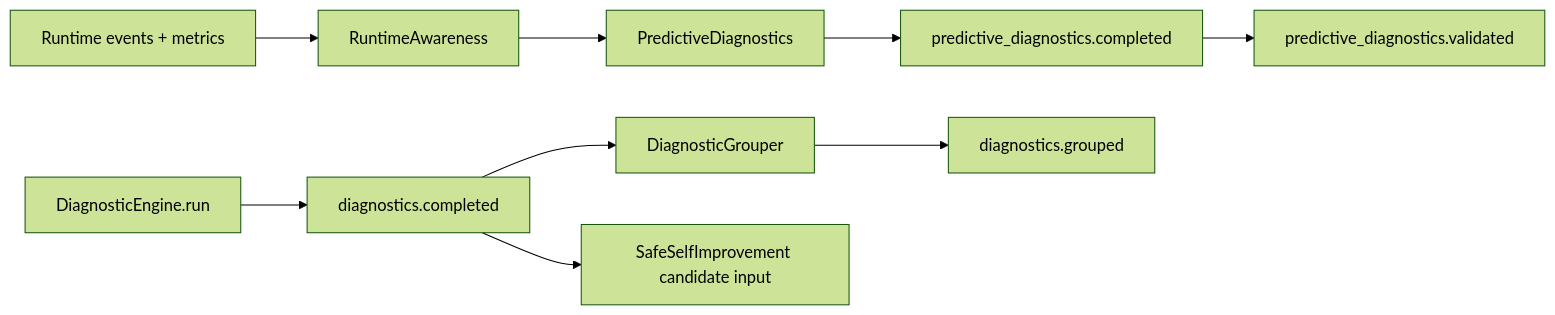
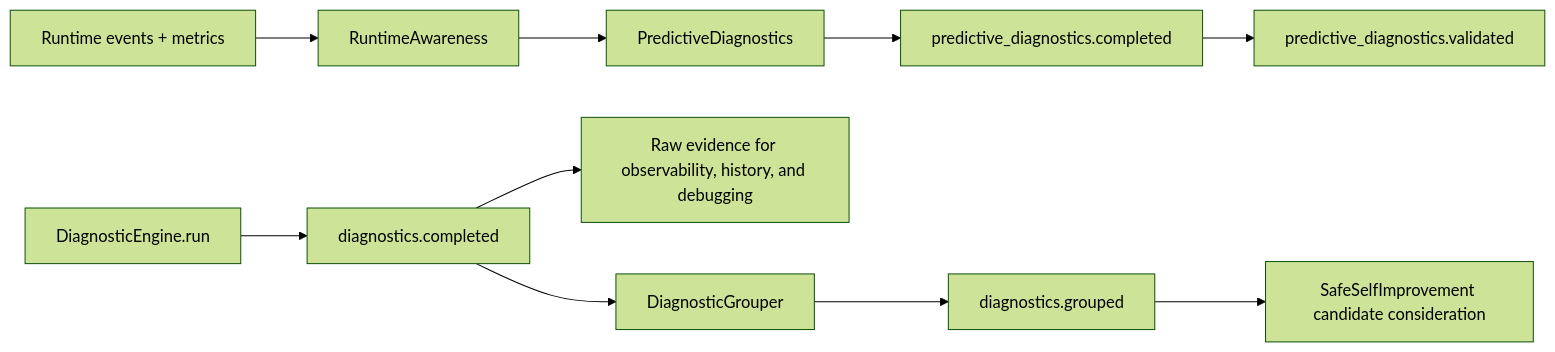
Before and after one commit to bingzwork/Freya: the ninth of 11 diagrams in CURRENT_ARCHITECTURE.md, drawn with Mermaid (forest theme). The commit also changed other lines of this file and 7 other files, not shown here.

Commit message:
fix: route grouped diagnostics into self-improvement

````diff
--- a/CURRENT_ARCHITECTURE.md
+++ b/CURRENT_ARCHITECTURE.md
@@ -304,11 +304,12 @@
 ```mermaid
 flowchart LR
     RUNTIME[Runtime events + metrics] --> AWARE[RuntimeAwareness]
     AWARE --> PRED[PredictiveDiagnostics]
     PRED --> PREDOUT[predictive_diagnostics.completed]
     PREDOUT --> VALID[predictive_diagnostics.validated]
     CODE[DiagnosticEngine.run] --> DONE[diagnostics.completed]
+    DONE --> RAW[Raw evidence for observability, history, and debugging]
     DONE --> GROUP[DiagnosticGrouper]
     GROUP --> GROUPED[diagnostics.grouped]
-    DONE --> SSI[SafeSelfImprovement candidate input]
+    GROUPED --> SSI[SafeSelfImprovement candidate consideration]
 ```
````
